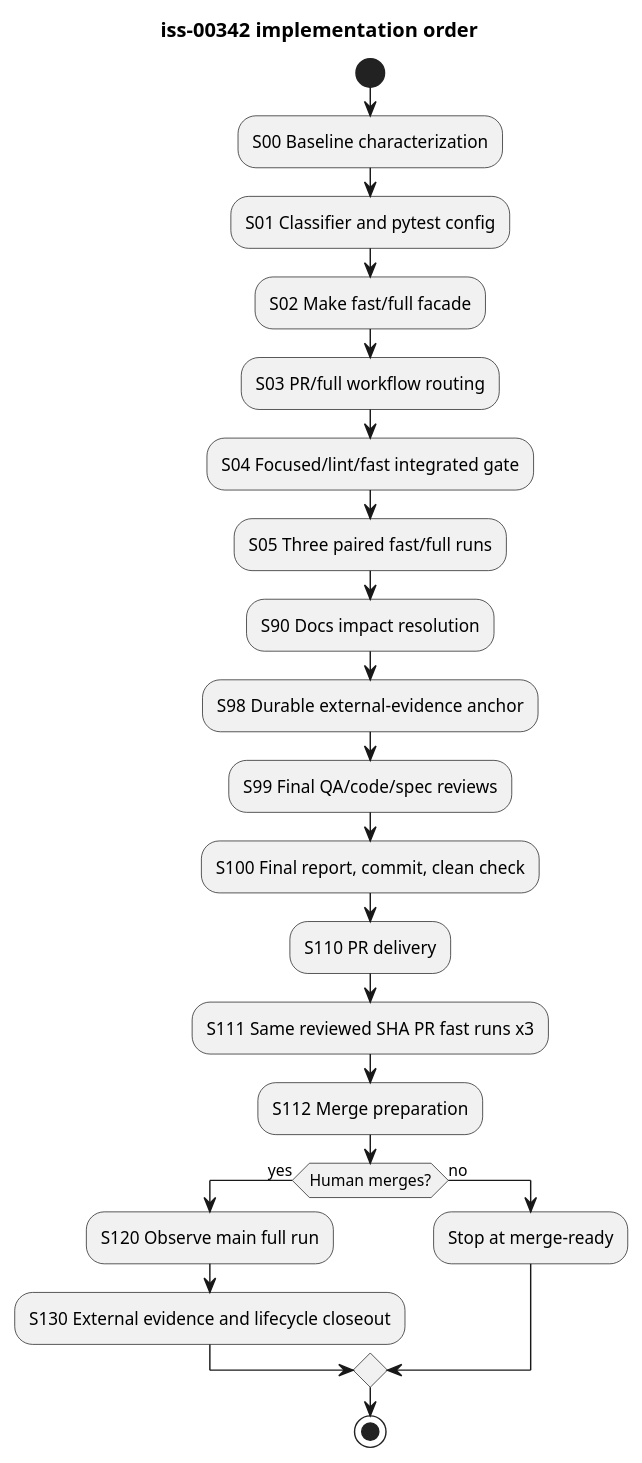
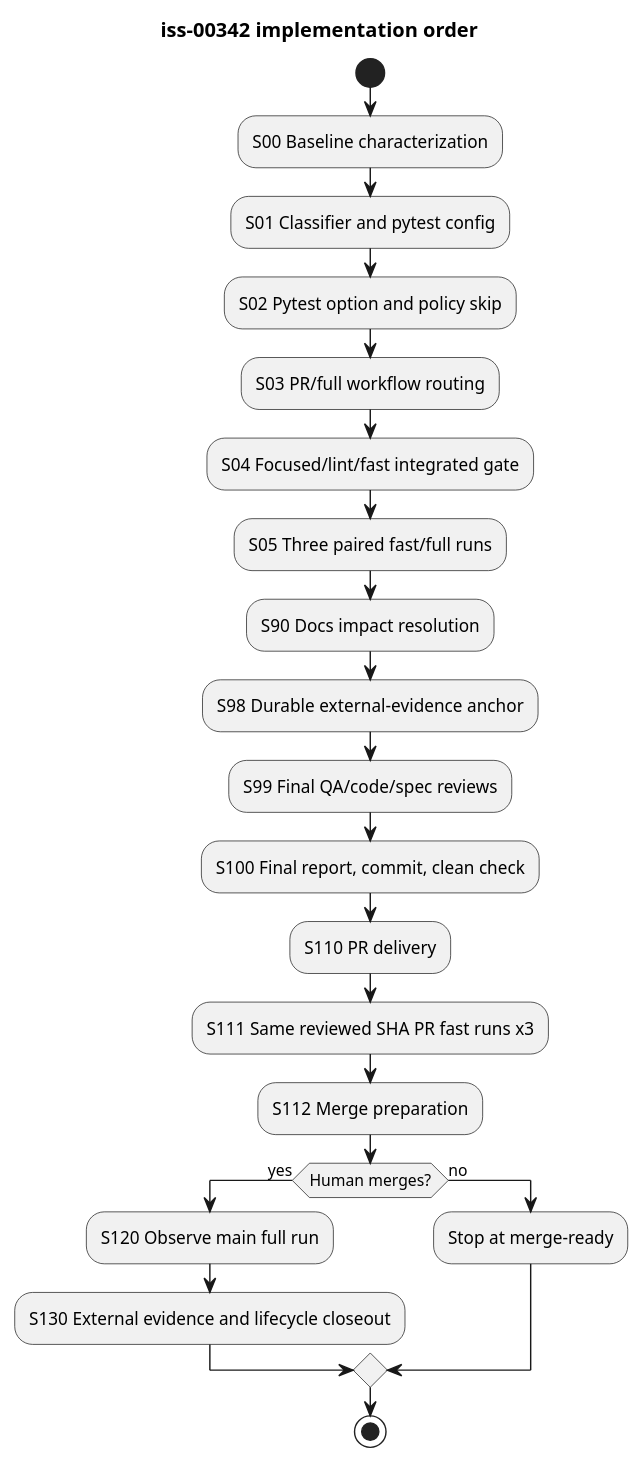
The diagram in spec-dock/initiatives/init-00079-minor-bugfix-maintenance/epics/epic-00080-minor-bug-fixes/issues/iss-00342-reduce-unit-test-and-provider-ci-runtime/plan.md (chemitaro/spec-dock), drawn with PlantUML before and after one commit. The commit also changed other lines of this file and 8 other files, not shown here.

````diff
--- a/spec-dock/initiatives/init-00079-minor-bugfix-maintenance/epics/epic-00080-minor-bug-fixes/issues/iss-00342-reduce-unit-test-and-provider-ci-runtime/plan.md
+++ b/spec-dock/initiatives/init-00079-minor-bugfix-maintenance/epics/epic-00080-minor-bug-fixes/issues/iss-00342-reduce-unit-test-and-provider-ci-runtime/plan.md
@@ -168,26 +168,26 @@
 ```plantuml
 @startuml
 title iss-00342 implementation order
 start
 :S00 Baseline characterization;
 :S01 Classifier and pytest config;
-:S02 Make fast/full facade;
+:S02 Pytest option and policy skip;
 :S03 PR/full workflow routing;
 :S04 Focused/lint/fast integrated gate;
 :S05 Three paired fast/full runs;
 :S90 Docs impact resolution;
 :S98 Durable external-evidence anchor;
 :S99 Final QA/code/spec reviews;
 :S100 Final report, commit, clean check;
 :S110 PR delivery;
 :S111 Same reviewed SHA PR fast runs x3;
 :S112 Merge preparation;
 if (Human merges?) then (yes)
   :S120 Observe main full run;
   :S130 External evidence and lifecycle closeout;
 else (no)
   :Stop at merge-ready;
 endif
 stop
 @enduml
 ```
````
